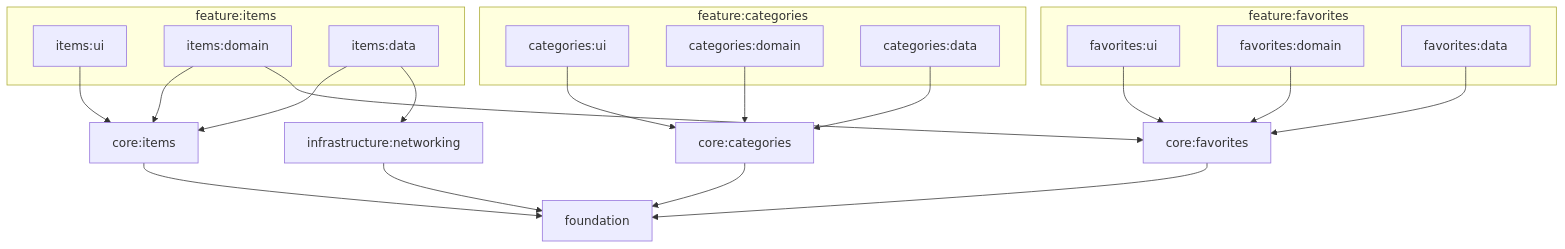
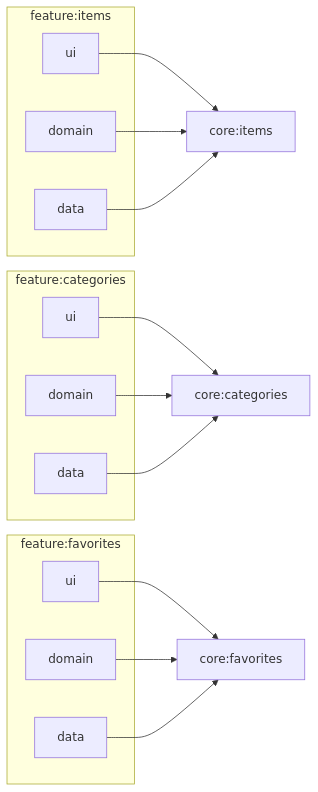
One commit to Ashanen/Castociasto changed the third of 10 diagrams in README.md. Above: the diagram before and after it, drawn with Mermaid. The commit also changed other lines of this file, not shown here.

````diff
--- a/README.md
+++ b/README.md
@@ -122,45 +152,36 @@
 ```mermaid
-graph TB
+graph LR
     subgraph Items["feature:items"]
-        IU[items:ui]
-        ID[items:domain]
-        IData[items:data]
+        IU[ui]
+        ID[domain]
+        IData[data]
     end
 
     subgraph Categories["feature:categories"]
-        CU[categories:ui]
-        CD[categories:domain]
-        CData[categories:data]
+        CU[ui]
+        CD[domain]
+        CData[data]
     end
 
     subgraph Favorites["feature:favorites"]
-        FU[favorites:ui]
-        FD[favorites:domain]
-        FData[favorites:data]
+        FU[ui]
+        FD[domain]
+        FData[data]
     end
 
     CoreItems[core:items]
     CoreCat[core:categories]
     CoreFav[core:favorites]
-    Infra[infrastructure:networking]
-    Found[foundation]
 
     IU --> CoreItems
     ID --> CoreItems
-    ID --> CoreFav
     IData --> CoreItems
-    IData --> Infra
 
     CU --> CoreCat
     CD --> CoreCat
     CData --> CoreCat
 
     FU --> CoreFav
     FD --> CoreFav
     FData --> CoreFav
-
-    CoreItems --> Found
-    CoreCat --> Found
-    CoreFav --> Found
-    Infra --> Found
 ```
````
